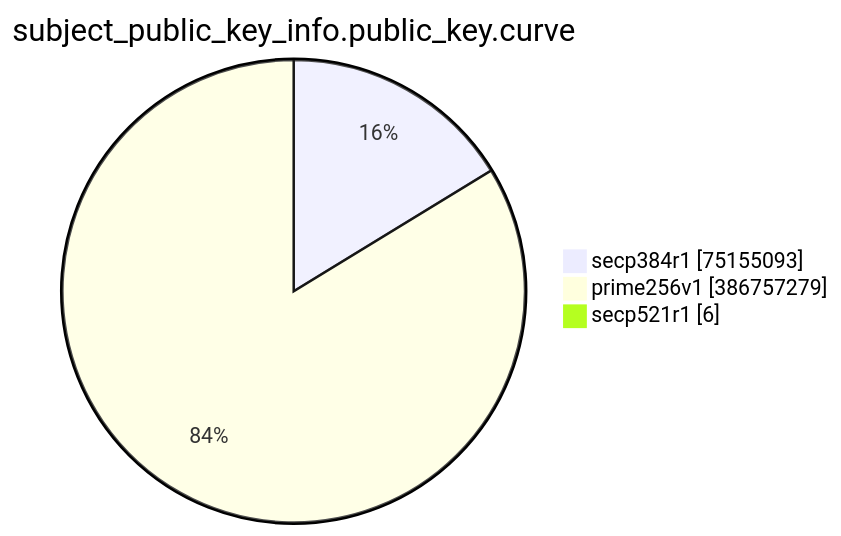
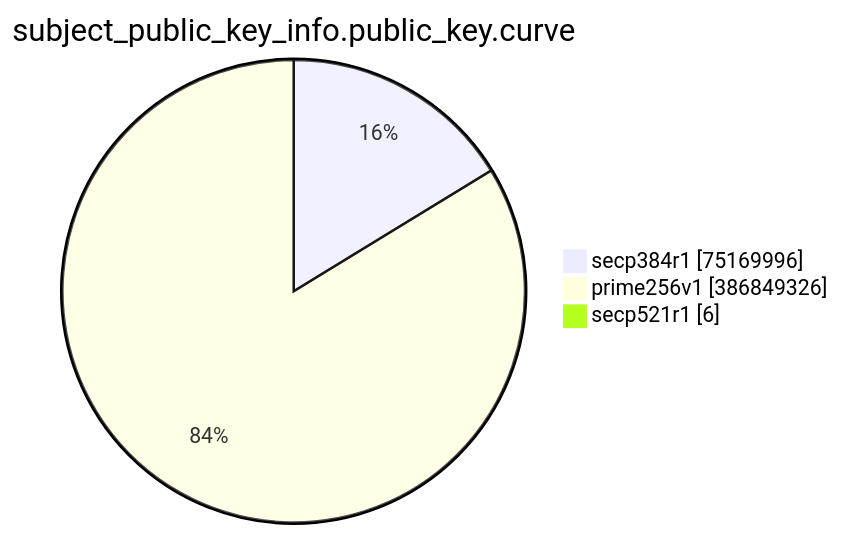
One commit to christiankrug/ctmonitor_visualization changed the eighth of 15 diagrams in TOTAL/README.md. Above: the diagram before and after it, drawn with Mermaid. The commit also changed other lines of this file, not shown here.

````diff
--- a/TOTAL/README.md
+++ b/TOTAL/README.md
@@ -3094,7 +3094,7 @@
 ```mermaid
 pie showData
 title subject_public_key_info.public_key.curve
-"secp384r1" :75155093
-"prime256v1" :386757279
+"secp384r1" :75169996
+"prime256v1" :386849326
 "secp521r1" :6
 ```
````
